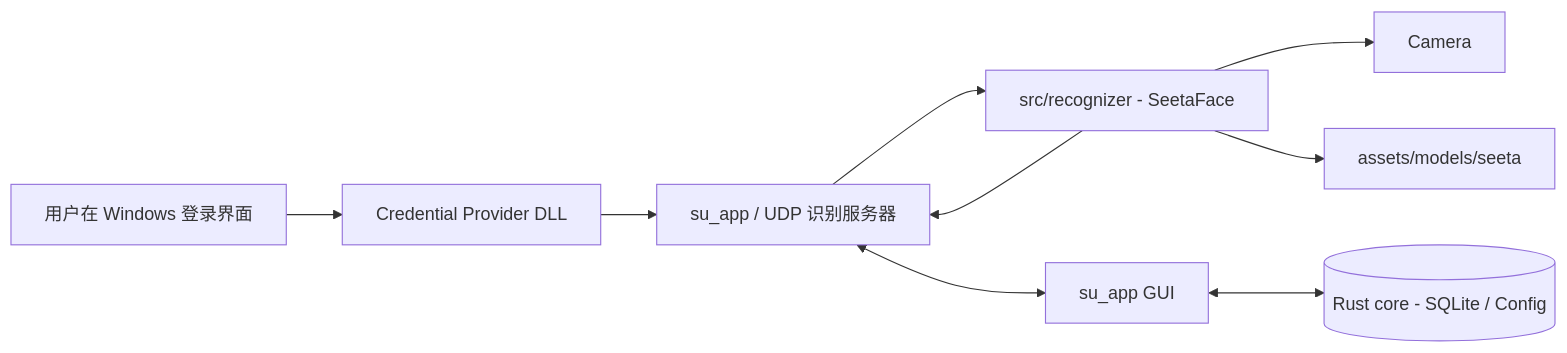
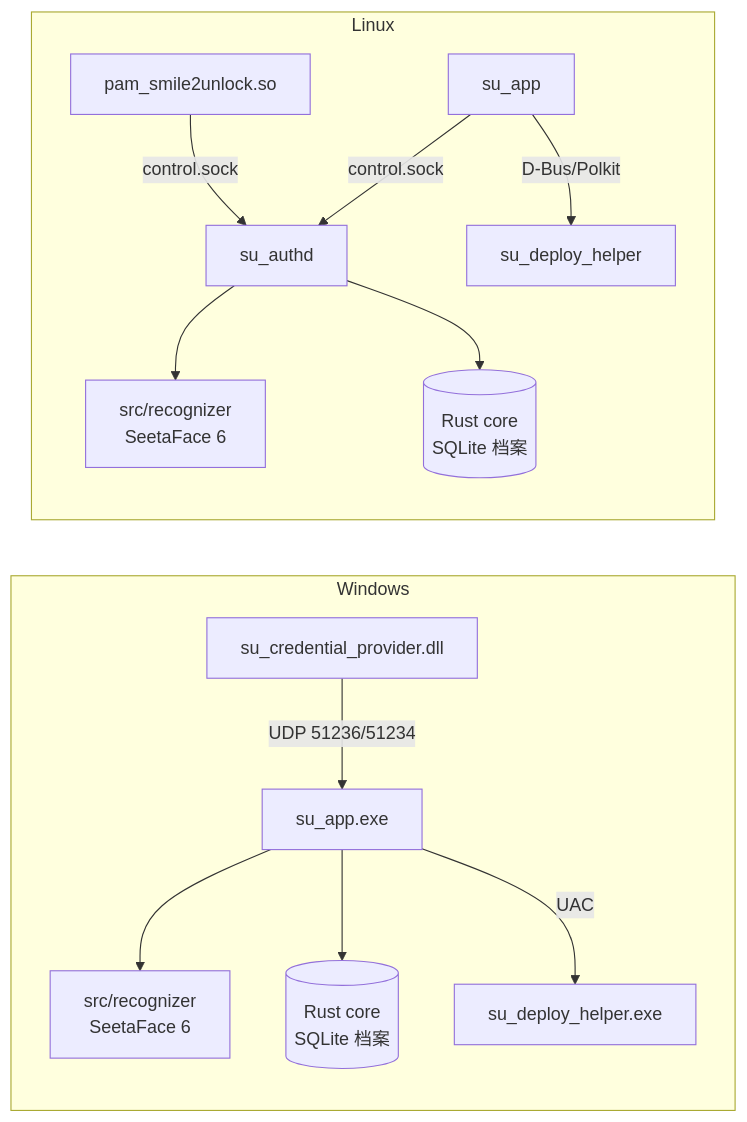
One commit to Smile2Unlock/Smile2Unlock_v2 changed the diagram in README_zh.md. Above: the diagram before and after it, drawn with Mermaid. The commit also changed other lines of this file and 3 other files, not shown here.

First line of the commit message:
refactor(deploy): flat layout with assets/ beside executables; redesign README

````diff
--- a/README_zh.md
+++ b/README_zh.md
@@ -85,11 +93,16 @@
 ```mermaid
 flowchart LR
-    U[用户在 Windows 登录界面] --> CP[Credential Provider DLL]
-    CP --> S[su_app / UDP 识别服务器]
-    S --> R[src/recognizer - SeetaFace]
-    S <--> GUI[su_app GUI]
-    GUI <--> CORE[(Rust core - SQLite / Config)]
-    R --> CAM[Camera]
-    R --> MODEL[assets/models/seeta]
-    R --> S
+    subgraph Windows
+        CP[su_credential_provider.dll] -- UDP 51236/51234 --> APP[su_app.exe]
+        APP --> REC[src/recognizer<br/>SeetaFace 6]
+        APP --> CORE[(Rust core<br/>SQLite 档案)]
+        APP -- UAC --> HELPER[su_deploy_helper.exe]
+    end
+    subgraph Linux
+        PAM[pam_smile2unlock.so] -- control.sock --> AUTHD[su_authd]
+        AUTHD --> REC2[src/recognizer<br/>SeetaFace 6]
+        AUTHD --> CORE2[(Rust core<br/>SQLite 档案)]
+        GUI[su_app] -- control.sock --> AUTHD
+        GUI -- D-Bus/Polkit --> HELPER2[su_deploy_helper]
+    end
 ```
````
